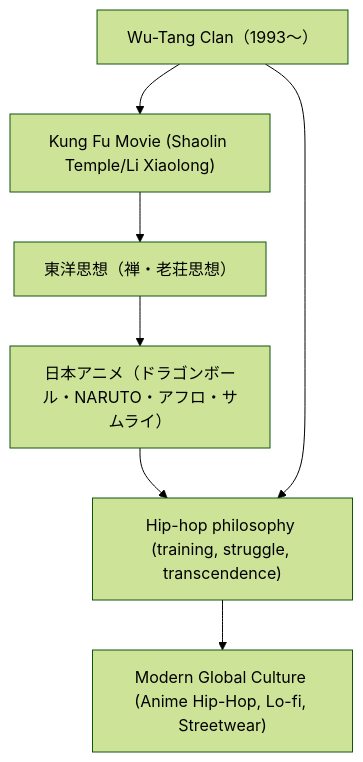
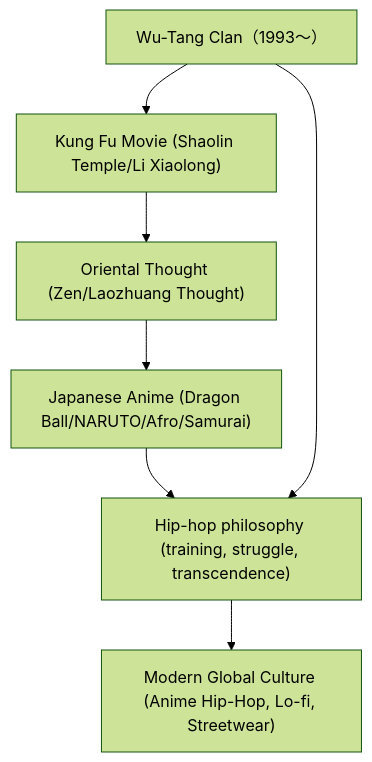
The second of 2 diagrams in en/_posts/2025-10-26-column-wu-tang-clan-anime.md (monumental-movement/monumental-movement.github.io), drawn with Mermaid (forest theme) before and after one commit. The commit also changed other lines of this file and 497 other files, not shown here.

```diff
--- a/en/_posts/2025-10-26-column-wu-tang-clan-anime.md
+++ b/en/_posts/2025-10-26-column-wu-tang-clan-anime.md
@@ -162,19 +162,19 @@
 <div class="mermaid">
 
 flowchart TD
     A["Wu-Tang Clan（1993〜）"]
     B["Kung Fu Movie (Shaolin Temple/Li Xiaolong)"]
-    C["東洋思想（禅・老荘思想）"]
-    D["日本アニメ（ドラゴンボール・NARUTO・アフロ・サムライ）"]
+    C["Oriental Thought (Zen/Laozhuang Thought)"]
+    D["Japanese Anime (Dragon Ball/NARUTO/Afro/Samurai)"]
     E["Hip-hop philosophy (training, struggle, transcendence)"]
     F["Modern Global Culture (Anime Hip-Hop, Lo-fi, Streetwear)"]
 
     A --> B
     B --> C
     C --> D
     D --> E
     A --> E
     E --> F
 
 
 </div>
```
